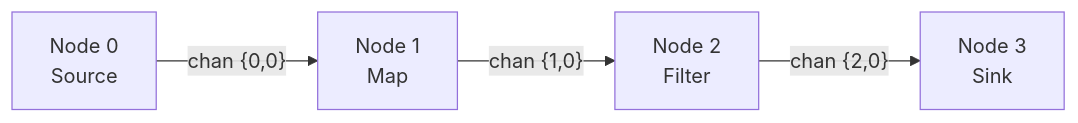
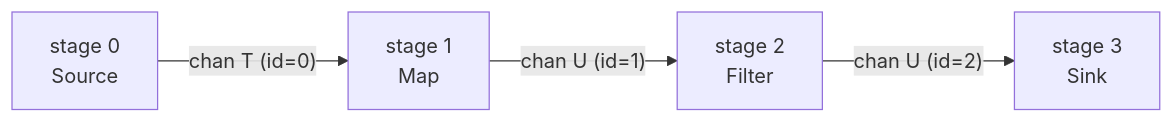
The second of 14 diagrams in doc/internals.md (zenbaku/go-kitsune), drawn with Mermaid before and after one commit. The commit also changed other lines of this file and 61 other files, not shown here.

````diff
--- a/doc/internals.md
+++ b/doc/internals.md
@@ -118,6 +151,6 @@
 ```mermaid
 flowchart LR
-    N0["Node 0\nSource"] -->|"chan {0,0}"| N1["Node 1\nMap"]
-    N1 -->|"chan {1,0}"| N2["Node 2\nFilter"]
-    N2 -->|"chan {2,0}"| N3["Node 3\nSink"]
+    N0["stage 0\nSource"] -->|"chan T  (id=0)"| N1["stage 1\nMap"]
+    N1 -->|"chan U  (id=1)"| N2["stage 2\nFilter"]
+    N2 -->|"chan U  (id=2)"| N3["stage 3\nSink"]
 ```
````
